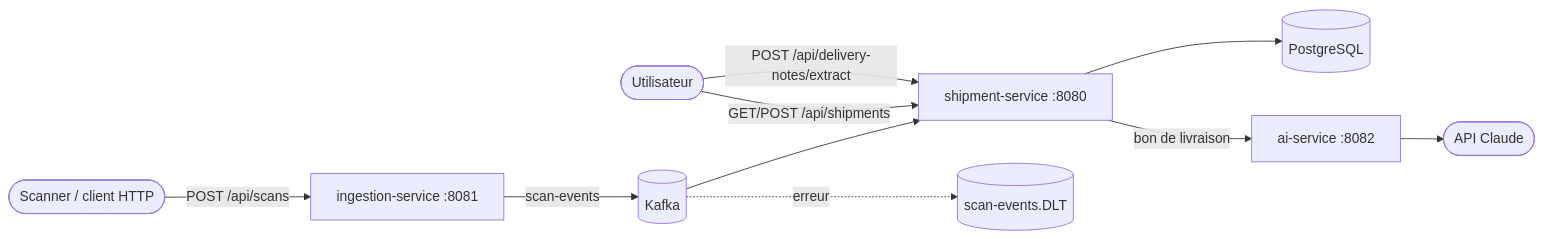
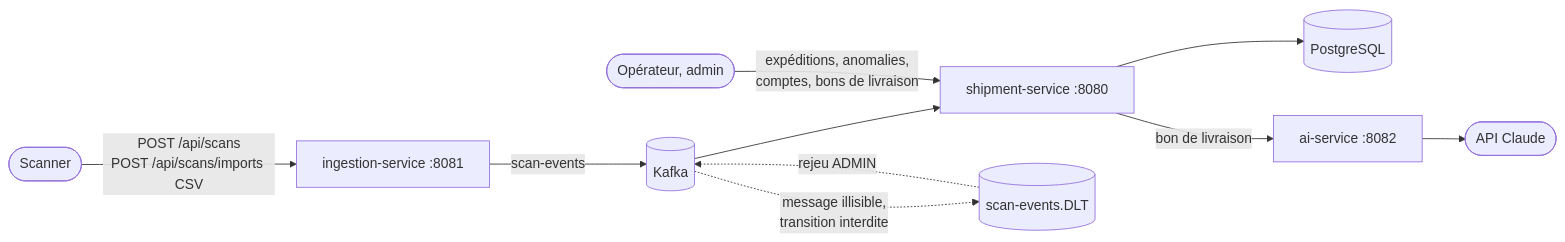
The diagram in README.md (MPeyrot/logistics-flow-platform), drawn with Mermaid before and after one commit. The commit also changed other lines of this file, not shown here.

````diff
--- a/README.md
+++ b/README.md
@@ -11,12 +11,12 @@
 ```mermaid
 flowchart LR
-    scanner([Scanner / client HTTP]) -->|POST /api/scans| ingestion[ingestion-service :8081]
+    scanner([Scanner]) -->|POST /api/scans<br/>POST /api/scans/imports CSV| ingestion[ingestion-service :8081]
     ingestion -->|scan-events| kafka[(Kafka)]
     kafka --> shipment[shipment-service :8080]
-    kafka -.->|erreur| dlt[(scan-events.DLT)]
+    kafka -.->|message illisible,<br/>transition interdite| dlt[(scan-events.DLT)]
+    dlt -.->|rejeu ADMIN| kafka
     shipment --> db[(PostgreSQL)]
-    user([Utilisateur]) -->|GET/POST /api/shipments| shipment
-    user -->|POST /api/delivery-notes/extract| shipment
+    user([Opérateur, admin]) -->|expéditions, anomalies,<br/>comptes, bons de livraison| shipment
     shipment -->|bon de livraison| ai[ai-service :8082]
     ai --> claude([API Claude])
 ```
````
